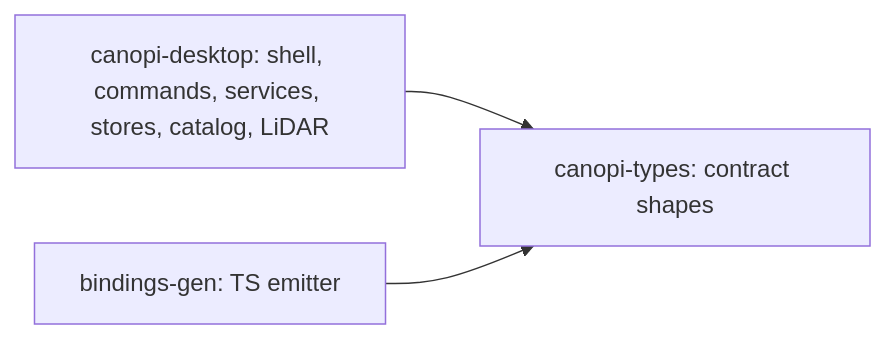
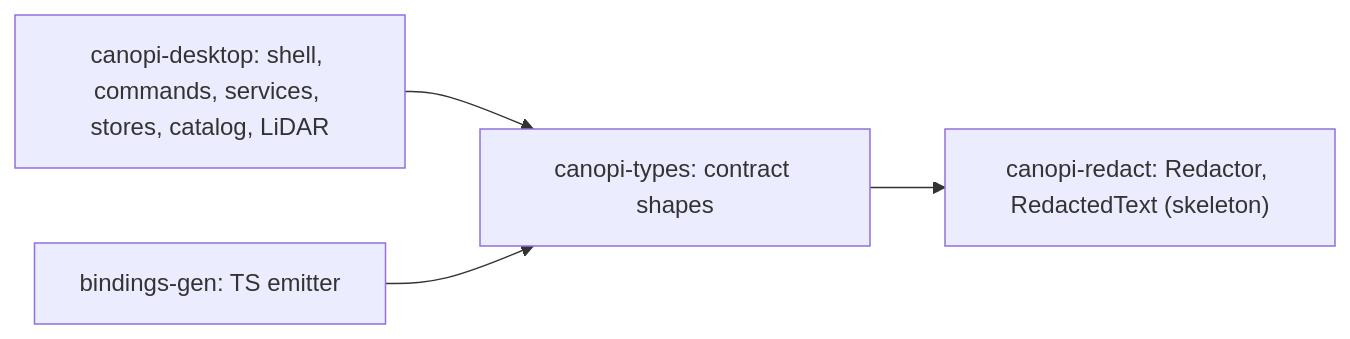
The sixth of 8 diagrams in docs/architecture/components.md (opencanopi/canopi), drawn with Mermaid before and after one commit. The commit also changed other lines of this file and 3 other files, not shown here.

Commit message:
docs(architecture): commit 0's built shells lose their planned marks; contracts F23 counts are today's ratchet values (canopi-f47t.52.35)

````diff
--- a/docs/architecture/components.md
+++ b/docs/architecture/components.md
@@ -247,8 +247,10 @@
 ```mermaid
 flowchart LR
   canopi_desktop["canopi-desktop: shell, commands, services, stores, catalog, LiDAR"]
   canopi_types["canopi-types: contract shapes"]
+  canopi_redact["canopi-redact: Redactor, RedactedText (skeleton)"]
   bindings_gen["bindings-gen: TS emitter"]
   canopi_desktop --> canopi_types
+  canopi_types --> canopi_redact
   bindings_gen --> canopi_types
 ```
````
